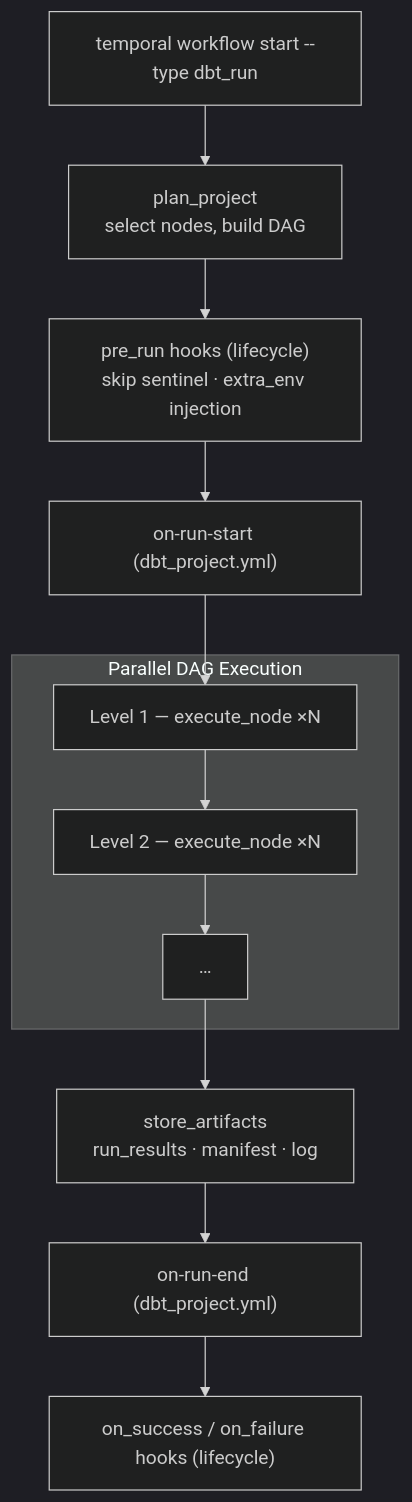
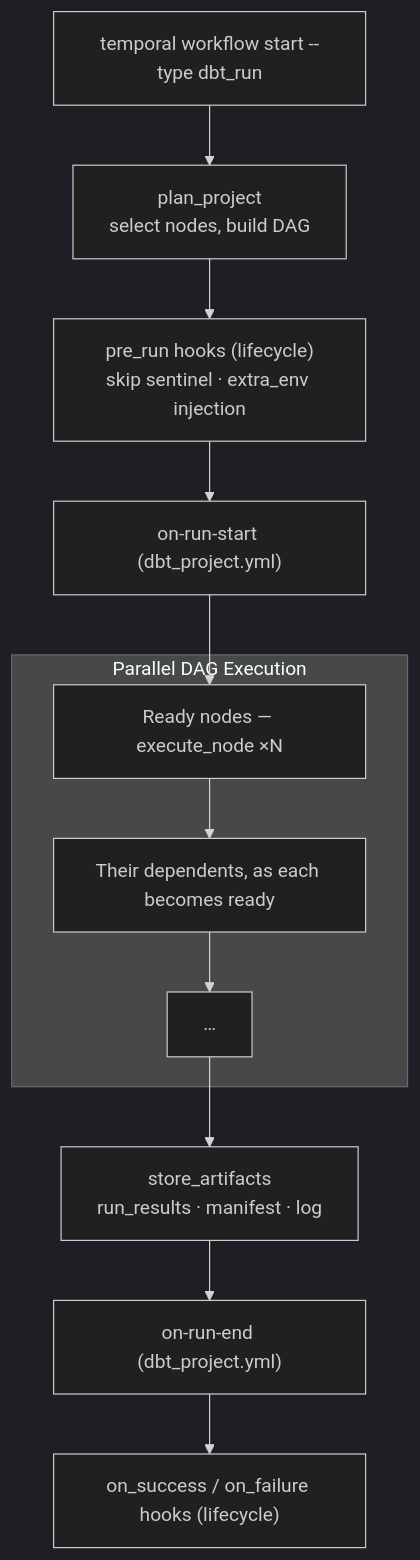
Before and after one commit to thejens/dbt-temporal: the diagram in README.md, drawn with Mermaid (dark theme). The commit also changed other lines of this file and 16 other files, not shown here.

````diff
--- a/README.md
+++ b/README.md
@@ -22,16 +46,16 @@
 ```mermaid
 flowchart TD
     Start["temporal workflow start --type dbt_run"] --> Plan
     Plan["plan_project\nselect nodes, build DAG"] --> PreHooks
     PreHooks["pre_run hooks (lifecycle)\nskip sentinel · extra_env injection"] --> OnStart
     OnStart["on-run-start (dbt_project.yml)"] --> L1
 
     subgraph DAG["Parallel DAG Execution"]
-        L1["Level 1 — execute_node ×N"] --> L2["Level 2 — execute_node ×N"]
+        L1["Ready nodes — execute_node ×N"] --> L2["Their dependents, as each becomes ready"]
         L2 --> LN["…"]
     end
 
     LN --> Store["store_artifacts\nrun_results · manifest · log"]
     Store --> OnEnd["on-run-end (dbt_project.yml)"]
     OnEnd --> PostHooks["on_success / on_failure hooks (lifecycle)"]
 ```
````
